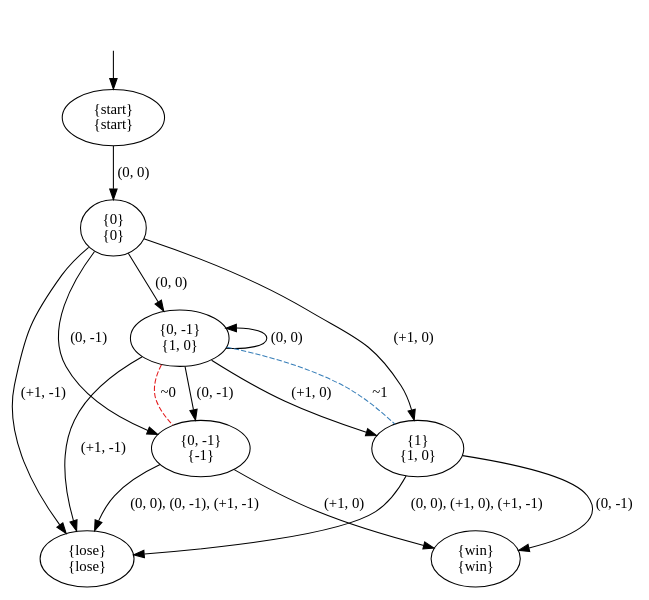
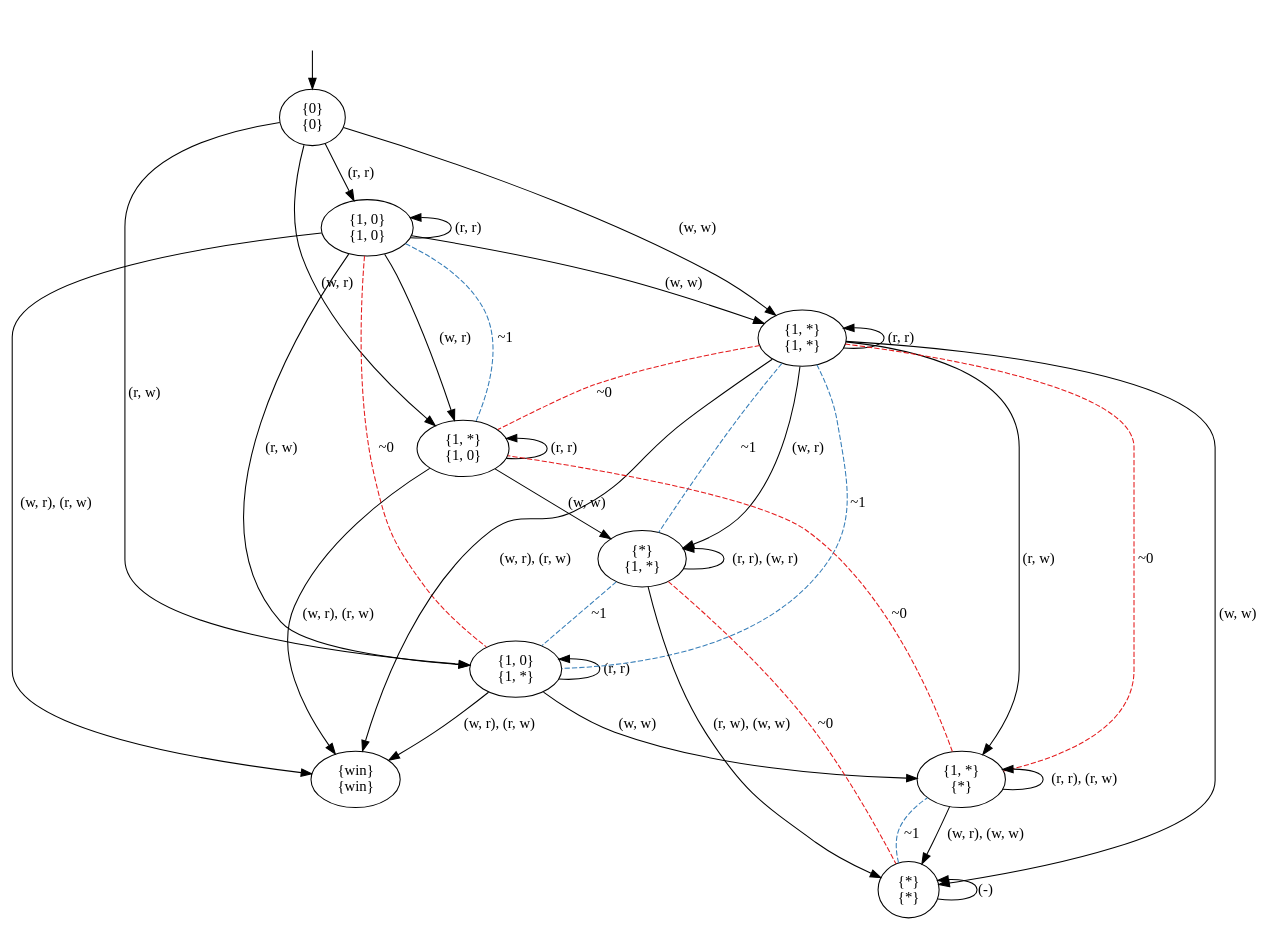
The diagram in pictures/GK.dot (olandr/mkbsc), drawn with Graphviz before and after one commit. The commit also changed 8 other files, not shown here.

```diff
--- a/pictures/GK.dot
+++ b/pictures/GK.dot
@@ -1,30 +1,52 @@
 digraph  {
 concentrate=False;
 nodesep=0.5;
 ranksep=0.5;
 splines=True;
-4674569496 [label="{start}\n{start}"];
-4674569552 [label="{0}\n{0}"];
-4674569104 [label="{0, -1}\n{1, 0}"];
-4674572184 [label="{1}\n{1, 0}"];
-4674571568 [label="{0, -1}\n{-1}"];
-4674571848 [label="{lose}\n{lose}"];
-4674518936 [label="{win}\n{win}"];
+4624182912 [label="{0}\n{0}"];
+4624182968 [label="{1, 0}\n{1, 0}"];
+4624182128 [label="{1, *}\n{1, 0}"];
+4624183248 [label="{1, 0}\n{1, *}"];
+4624180224 [label="{1, *}\n{1, *}"];
+4624180336 [label="{win}\n{win}"];
+4624114856 [label="{*}\n{1, *}"];
+4624115136 [label="{1, *}\n{*}"];
+4624115528 [label="{*}\n{*}"];
 hidden [label="", shape=none];
-4674569496 -> 4674569552  [action="('0', '0')", key="('0', '0')", label="(0, 0)"];
-4674569552 -> 4674569104  [action="('0', '0')", key="('0', '0')", label="(0, 0)"];
-4674569552 -> 4674572184  [action="('+1', '0')", key="('+1', '0')", label="(+1, 0)"];
-4674569552 -> 4674571568  [action="('0', '-1')", key="('0', '-1')", label="(0, -1)"];
-4674569552 -> 4674571848  [action="('+1', '-1')", key="('+1', '-1')", label="(+1, -1)"];
-4674569104 -> 4674569104  [action="('0', '0')", dir=back, key="('0', '0')", label="(0, 0)"];
-4674569104 -> 4674572184  [action="('+1', '0')", key="('+1', '0')", label="(+1, 0)"];
-4674569104 -> 4674572184  [arrowhead=none, color=2, colorscheme=set19, constraint=True, key=1, label="~1", style=dashed];
-4674569104 -> 4674571568  [action="('0', '-1')", key="('0', '-1')", label="(0, -1)"];
-4674569104 -> 4674571568  [arrowhead=none, color=1, colorscheme=set19, constraint=True, key=1, label="~0", style=dashed];
-4674569104 -> 4674571848  [action="('+1', '-1')", key="('+1', '-1')", label="(+1, -1)"];
-4674572184 -> 4674518936  [action="('0', '-1')", key="('0', '-1')", label="(0, -1)"];
-4674572184 -> 4674571848  [action="(('0', '0'), ('+1', '0'), ('+1', '-1'))", key="(('0', '0'), ('+1', '0'), ('+1', '-1'))", label="(0, 0), (+1, 0), (+1, -1)"];
-4674571568 -> 4674518936  [action="('+1', '0')", key="('+1', '0')", label="(+1, 0)"];
-4674571568 -> 4674571848  [action="(('0', '0'), ('0', '-1'), ('+1', '-1'))", key="(('0', '0'), ('0', '-1'), ('+1', '-1'))", label="(0, 0), (0, -1), (+1, -1)"];
-hidden -> 4674569496  [key=0];
+4624182912 -> 4624182968  [action="('r', 'r')", key="('r', 'r')", label="(r, r)"];
+4624182912 -> 4624182128  [action="('w', 'r')", key="('w', 'r')", label="(w, r)"];
+4624182912 -> 4624183248  [action="('r', 'w')", key="('r', 'w')", label="(r, w)"];
+4624182912 -> 4624180224  [action="('w', 'w')", key="('w', 'w')", label="(w, w)"];
+4624182968 -> 4624182968  [action="('r', 'r')", dir=back, key="('r', 'r')", label="(r, r)"];
+4624182968 -> 4624182128  [action="('w', 'r')", key="('w', 'r')", label="(w, r)"];
+4624182968 -> 4624182128  [arrowhead=none, color=2, colorscheme=set19, constraint=True, key=1, label="~1", style=dashed];
+4624182968 -> 4624183248  [action="('r', 'w')", key="('r', 'w')", label="(r, w)"];
+4624182968 -> 4624183248  [arrowhead=none, color=1, colorscheme=set19, constraint=True, key=1, label="~0", style=dashed];
+4624182968 -> 4624180224  [action="('w', 'w')", key="('w', 'w')", label="(w, w)"];
+4624182968 -> 4624180336  [action="(('w', 'r'), ('r', 'w'))", key="(('w', 'r'), ('r', 'w'))", label="(w, r), (r, w)"];
+4624182128 -> 4624182128  [action="('r', 'r')", dir=back, key="('r', 'r')", label="(r, r)"];
+4624182128 -> 4624114856  [action="('w', 'w')", key="('w', 'w')", label="(w, w)"];
+4624182128 -> 4624180336  [action="(('w', 'r'), ('r', 'w'))", key="(('w', 'r'), ('r', 'w'))", label="(w, r), (r, w)"];
+4624183248 -> 4624183248  [action="('r', 'r')", dir=back, key="('r', 'r')", label="(r, r)"];
+4624183248 -> 4624115136  [action="('w', 'w')", key="('w', 'w')", label="(w, w)"];
+4624183248 -> 4624180336  [action="(('w', 'r'), ('r', 'w'))", key="(('w', 'r'), ('r', 'w'))", label="(w, r), (r, w)"];
+4624180224 -> 4624180224  [action="('r', 'r')", dir=back, key="('r', 'r')", label="(r, r)"];
+4624180224 -> 4624114856  [action="('w', 'r')", key="('w', 'r')", label="(w, r)"];
+4624180224 -> 4624114856  [arrowhead=none, color=2, colorscheme=set19, constraint=True, key=1, label="~1", style=dashed];
+4624180224 -> 4624115136  [action="('r', 'w')", key="('r', 'w')", label="(r, w)"];
+4624180224 -> 4624115136  [arrowhead=none, color=1, colorscheme=set19, constraint=True, key=1, label="~0", style=dashed];
+4624180224 -> 4624115528  [action="('w', 'w')", key="('w', 'w')", label="(w, w)"];
+4624180224 -> 4624180336  [action="(('w', 'r'), ('r', 'w'))", key="(('w', 'r'), ('r', 'w'))", label="(w, r), (r, w)"];
+4624180224 -> 4624182128  [arrowhead=none, color=1, colorscheme=set19, constraint=True, key=0, label="~0", style=dashed];
+4624180224 -> 4624183248  [arrowhead=none, color=2, colorscheme=set19, constraint=True, key=0, label="~1", style=dashed];
+4624114856 -> 4624114856  [action="(('r', 'r'), ('w', 'r'))", dir=back, key="(('r', 'r'), ('w', 'r'))", label="(r, r), (w, r)"];
+4624114856 -> 4624115528  [action="(('r', 'w'), ('w', 'w'))", key="(('r', 'w'), ('w', 'w'))", label="(r, w), (w, w)"];
+4624114856 -> 4624115528  [arrowhead=none, color=1, colorscheme=set19, constraint=True, key=1, label="~0", style=dashed];
+4624114856 -> 4624183248  [arrowhead=none, color=2, colorscheme=set19, constraint=True, key=0, label="~1", style=dashed];
+4624115136 -> 4624115136  [action="(('r', 'r'), ('r', 'w'))", dir=back, key="(('r', 'r'), ('r', 'w'))", label="(r, r), (r, w)"];
+4624115136 -> 4624115528  [action="(('w', 'r'), ('w', 'w'))", key="(('w', 'r'), ('w', 'w'))", label="(w, r), (w, w)"];
+4624115136 -> 4624182128  [arrowhead=none, color=1, colorscheme=set19, constraint=True, key=0, label="~0", style=dashed];
+4624115528 -> 4624115528  [action="(('r', 'r'), ('w', 'r'), ('r', 'w'), ('w', 'w'))", dir=back, key="(('r', 'r'), ('w', 'r'), ('r', 'w'), ('w', 'w'))", label="(-)"];
+4624115528 -> 4624115136  [arrowhead=none, color=2, colorscheme=set19, constraint=True, key=0, label="~1", style=dashed];
+hidden -> 4624182912  [key=0];
 }
```
